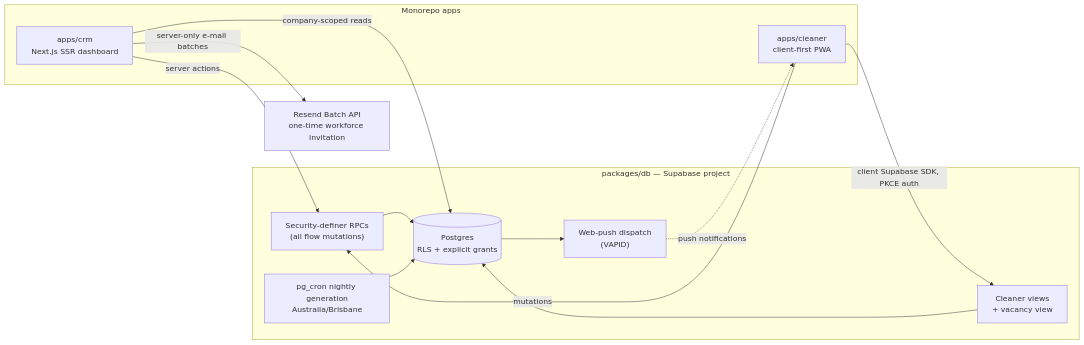
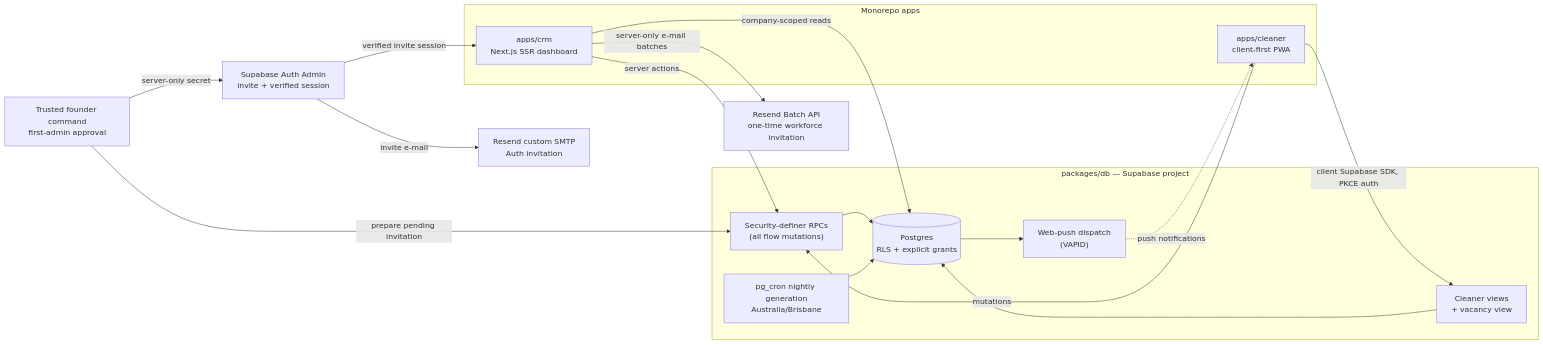
One commit to lspinheiro/clean_app_crm changed the first of 2 diagrams in docs/design/phase-a-adoption/hld.md. Above: the diagram before and after it, drawn with Mermaid. The commit also changed other lines of this file and 29 other files, not shown here.

````diff
--- a/docs/design/phase-a-adoption/hld.md
+++ b/docs/design/phase-a-adoption/hld.md
@@ -45,25 +45,32 @@
 ```mermaid
 flowchart LR
     subgraph appsGroup["Monorepo apps"]
         CRM["apps/crm\nNext.js SSR dashboard"]
         CLEANER["apps/cleaner\nclient-first PWA"]
     end
     subgraph db["packages/db — Supabase project"]
         RPC["Security-definer RPCs\n(all flow mutations)"]
         VIEWS["Cleaner views\n+ vacancy view"]
         PG[("Postgres\nRLS + explicit grants")]
         CRON["pg_cron nightly generation\nAustralia/Brisbane"]
         PUSH["Web-push dispatch\n(VAPID)"]
     end
-    RESEND["Resend Batch API\none-time workforce invitation"]
+    FOUNDER["Trusted founder command\nfirst-admin approval"]
+    AUTH["Supabase Auth Admin\ninvite + verified session"]
+    RESEND_BATCH["Resend Batch API\none-time workforce invitation"]
+    RESEND_SMTP["Resend custom SMTP\nAuth invitation"]
+    FOUNDER -->|"server-only secret"| AUTH
+    FOUNDER -->|"prepare pending invitation"| RPC
+    AUTH -->|"invite e-mail"| RESEND_SMTP
+    AUTH -->|"verified invite session"| CRM
     CRM -->|"server actions"| RPC
     CRM -->|"company-scoped reads"| PG
-    CRM -->|"server-only e-mail batches"| RESEND
+    CRM -->|"server-only e-mail batches"| RESEND_BATCH
     CLEANER -->|"client Supabase SDK, PKCE auth"| VIEWS
     CLEANER -->|"mutations"| RPC
     RPC --> PG
     VIEWS --> PG
     CRON --> PG
     PG --> PUSH
     PUSH -.->|"push notifications"| CLEANER
 ```
````
